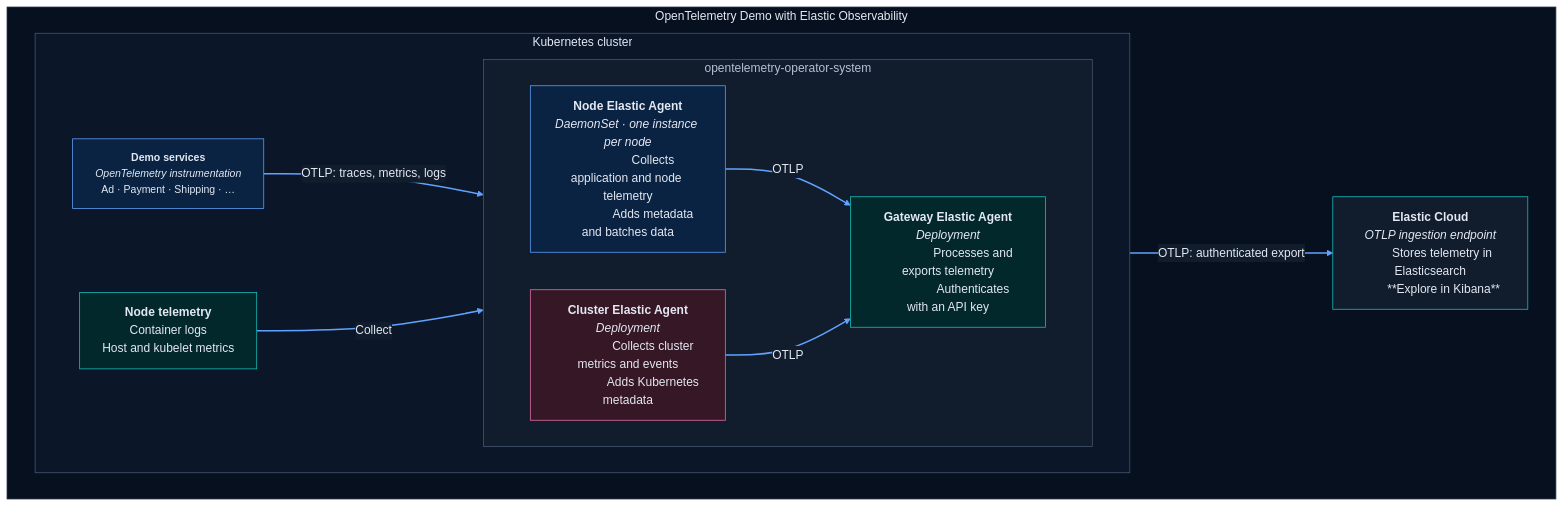
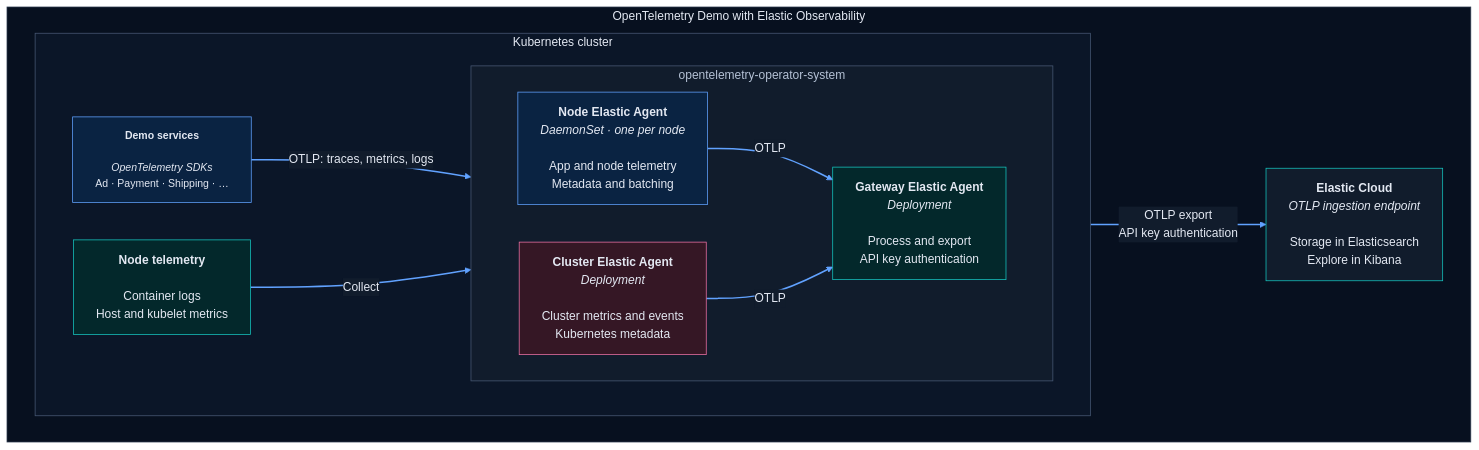
The diagram in .github/README.md (osullivandonal/opentelemetry-demo), drawn with Mermaid before and after one commit.

Commit message:
docs: improve Mermaid label spacing and wrapping

````diff
--- a/.github/README.md
+++ b/.github/README.md
@@ -218,70 +218,50 @@
 ```mermaid
-%%{init: {"theme": "base", "themeVariables": {"darkMode": true, "fontSize": "16px", "background": "#07101F", "primaryColor": "#0A2342", "primaryTextColor": "#E3E8F2", "primaryBorderColor": "#61A2FF", "lineColor": "#61A2FF", "textColor": "#E3E8F2", "edgeLabelBackground": "#111C2C", "clusterBkg": "#0B1628", "clusterBorder": "#485975"}}}%%
+%%{init: {"theme": "base", "flowchart": {"htmlLabels": true}, "markdownAutoWrap": false, "themeVariables": {"darkMode": true, "fontSize": "16px", "background": "#07101F", "primaryColor": "#0A2342", "primaryTextColor": "#E3E8F2", "primaryBorderColor": "#61A2FF", "lineColor": "#61A2FF", "textColor": "#E3E8F2", "edgeLabelBackground": "#111C2C", "clusterBkg": "#0B1628", "clusterBorder": "#485975"}}}%%
 flowchart LR
     subgraph ARCH["OpenTelemetry Demo with Elastic Observability"]
         direction LR
         subgraph K8S["Kubernetes cluster"]
             direction LR
 
-            APP["`**Demo services**
-            *OpenTelemetry instrumentation*
-            Ad · Payment · Shipping · …`"]
-            NODE["`**Node telemetry**
-            Container logs
-            Host and kubelet metrics`"]
+            APP["<b>Demo services</b><br/><br/><i>OpenTelemetry SDKs</i><br/>Ad · Payment · Shipping · …"]
+            NODE["<b>Node telemetry</b><br/><br/>Container logs<br/>Host and kubelet metrics"]
 
             subgraph AGENTS["opentelemetry-operator-system"]
                 direction LR
 
-                DAEMON["`**Node Elastic Agent**
-                *DaemonSet · one instance per node*
+                DAEMON["<b>Node Elastic Agent</b><br/><i>DaemonSet · one per node</i><br/><br/>App and node telemetry<br/>Metadata and batching"]
 
-                Collects application and node telemetry
-                Adds metadata and batches data`"]
+                CLUSTER["<b>Cluster Elastic Agent</b><br/><i>Deployment</i><br/><br/>Cluster metrics and events<br/>Kubernetes metadata"]
 
-                CLUSTER["`**Cluster Elastic Agent**
-                *Deployment*
-
-                Collects cluster metrics and events
-                Adds Kubernetes metadata`"]
-
-                GATEWAY["`**Gateway Elastic Agent**
-                *Deployment*
-
-                Processes and exports telemetry
-                Authenticates with an API key`"]
+                GATEWAY["<b>Gateway Elastic Agent</b><br/><i>Deployment</i><br/><br/>Process and export<br/>API key authentication"]
             end
 
             APP -->|"OTLP: traces, metrics, logs"| DAEMON
             NODE -->|Collect| DAEMON
             DAEMON -->|OTLP| GATEWAY
             CLUSTER -->|OTLP| GATEWAY
         end
 
-        CLOUD["`**Elastic Cloud**
-        *OTLP ingestion endpoint*
-
-        Stores telemetry in Elasticsearch
-        **Explore in Kibana**`"]
-        GATEWAY -->|"OTLP: authenticated export"| CLOUD
+        CLOUD["<b>Elastic Cloud</b><br/><i>OTLP ingestion endpoint</i><br/><br/>Storage in Elasticsearch<br/>Explore in Kibana"]
+        GATEWAY -->|"OTLP export<br/>API key authentication"| CLOUD
 
     end
 
     classDef application fill:#0A2342,stroke:#61A2FF,color:#E3E8F2,font-size:16px
     classDef node fill:#03282B,stroke:#16C5C0,color:#E3E8F2,font-size:16px
     classDef cluster fill:#351725,stroke:#EE72A6,color:#E3E8F2,font-size:16px
     classDef cloud fill:#111C2C,stroke:#16C5C0,color:#E3E8F2,font-size:16px
 
     classDef source font-size:14px
 
     class APP,DAEMON application
     class APP,NODE source
     class NODE,GATEWAY node
     class CLUSTER cluster
     class CLOUD cloud
 
     style ARCH fill:#07101F,stroke:#2B394F,color:#E3E8F2
     style K8S fill:#0B1628,stroke:#485975,color:#E3E8F2
     style AGENTS fill:#111C2C,stroke:#485975,color:#B4C1D5
     linkStyle default stroke:#61A2FF,stroke-width:2px
 ```
````
